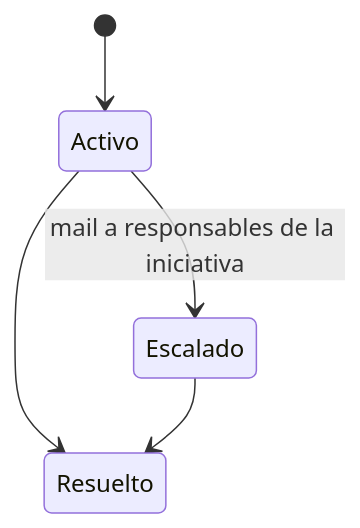
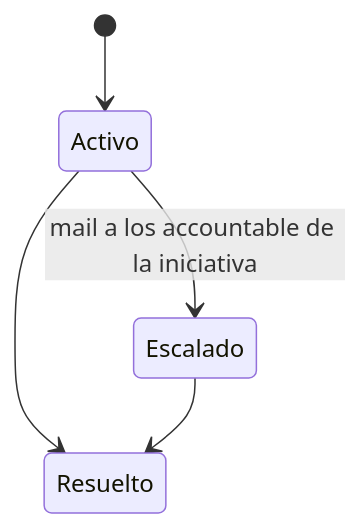
The third of 4 diagrams in docs/especificacion-funcional.md (MilagrosPessinoCirco/Objetivos-VP), drawn with Mermaid before and after one commit. The commit also changed other lines of this file and 8 other files, not shown here.

````diff
--- a/docs/especificacion-funcional.md
+++ b/docs/especificacion-funcional.md
@@ -444,7 +450,7 @@
 ```mermaid
 stateDiagram-v2
   [*] --> Activo
-  Activo --> Escalado: mail a responsables de la iniciativa
+  Activo --> Escalado: mail a los accountable de la iniciativa
   Activo --> Resuelto
   Escalado --> Resuelto
 ```
````
